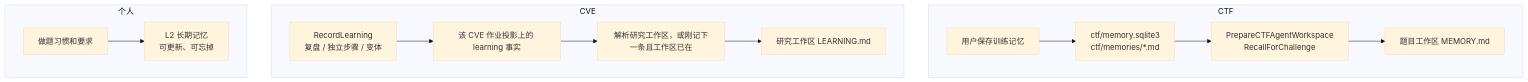
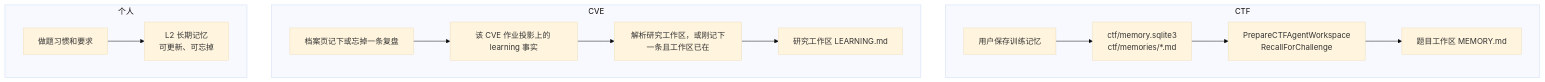
Before and after one commit to MilkSU-Official/milksu: the fourth of 4 diagrams in docs/architecture/current-system.md, drawn with Mermaid (base theme). The commit also changed other lines of this file and 13 other files, not shown here.

````diff
--- a/docs/architecture/current-system.md
+++ b/docs/architecture/current-system.md
@@ -225,25 +226,25 @@
 ```mermaid
 flowchart TB
   subgraph ctf["CTF"]
     ctfSave["用户保存训练记忆"]
     ctfStore["ctf/memory.sqlite3<br/>ctf/memories/*.md"]
     ctfRecall["PrepareCTFAgentWorkspace<br/>RecallForChallenge"]
     ctfFile["题目工作区 MEMORY.md"]
   end
 
   subgraph cve["CVE"]
-    cveSave["RecordLearning<br/>复盘 / 独立步骤 / 变体"]
+    cveSave["档案页记下或忘掉一条复盘"]
     cveStore["该 CVE 作业投影上的 learning 事实"]
     cveRecall["解析研究工作区，或刚记下一条且工作区已在"]
     cveFile["研究工作区 LEARNING.md"]
   end
 
   subgraph person["个人"]
     habit["做题习惯和要求"]
     l2habit["L2 长期记忆<br/>可更新、可忘掉"]
   end
 
   ctfSave --> ctfStore --> ctfRecall --> ctfFile
   cveSave --> cveStore --> cveRecall --> cveFile
   habit --> l2habit
 ```
````
